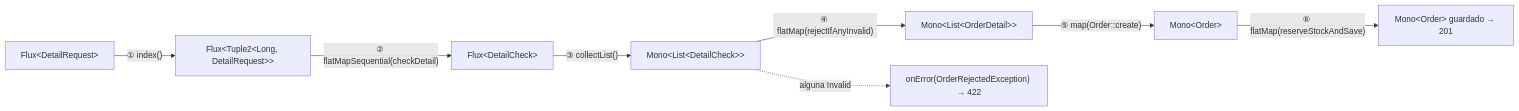
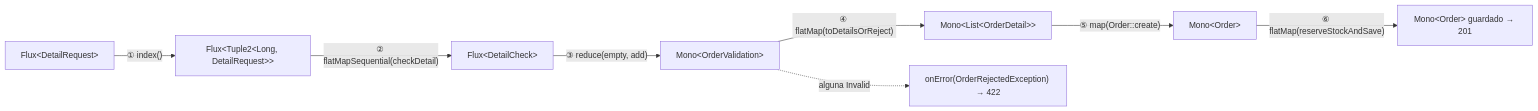
One commit to PedroHurtado/springwebflux changed the second of 2 diagrams in docs/day-02/02-pedidos-validacion-reactiva.md. Above: the diagram before and after it, drawn with Mermaid. The commit also changed other lines of this file and 11 other files, not shown here.

````diff
--- a/docs/day-02/02-pedidos-validacion-reactiva.md
+++ b/docs/day-02/02-pedidos-validacion-reactiva.md
@@ -184,10 +197,10 @@
 ```mermaid
 flowchart LR
     A["Flux&lt;DetailRequest&gt;"] -->|"① index()"| B["Flux&lt;Tuple2&lt;Long, DetailRequest&gt;&gt;"]
     B -->|"② flatMapSequential(checkDetail)"| C["Flux&lt;DetailCheck&gt;"]
-    C -->|"③ collectList()"| D["Mono&lt;List&lt;DetailCheck&gt;&gt;"]
-    D -->|"④ flatMap(rejectIfAnyInvalid)"| E["Mono&lt;List&lt;OrderDetail&gt;&gt;"]
+    C -->|"③ reduce(empty, add)"| D["Mono&lt;OrderValidation&gt;"]
+    D -->|"④ flatMap(toDetailsOrReject)"| E["Mono&lt;List&lt;OrderDetail&gt;&gt;"]
     D -.->|"alguna Invalid"| X["onError(OrderRejectedException) → 422"]
     E -->|"⑤ map(Order::create)"| F["Mono&lt;Order&gt;"]
     F -->|"⑥ flatMap(reserveStockAndSave)"| G["Mono&lt;Order&gt; guardado → 201"]
 ```
````
